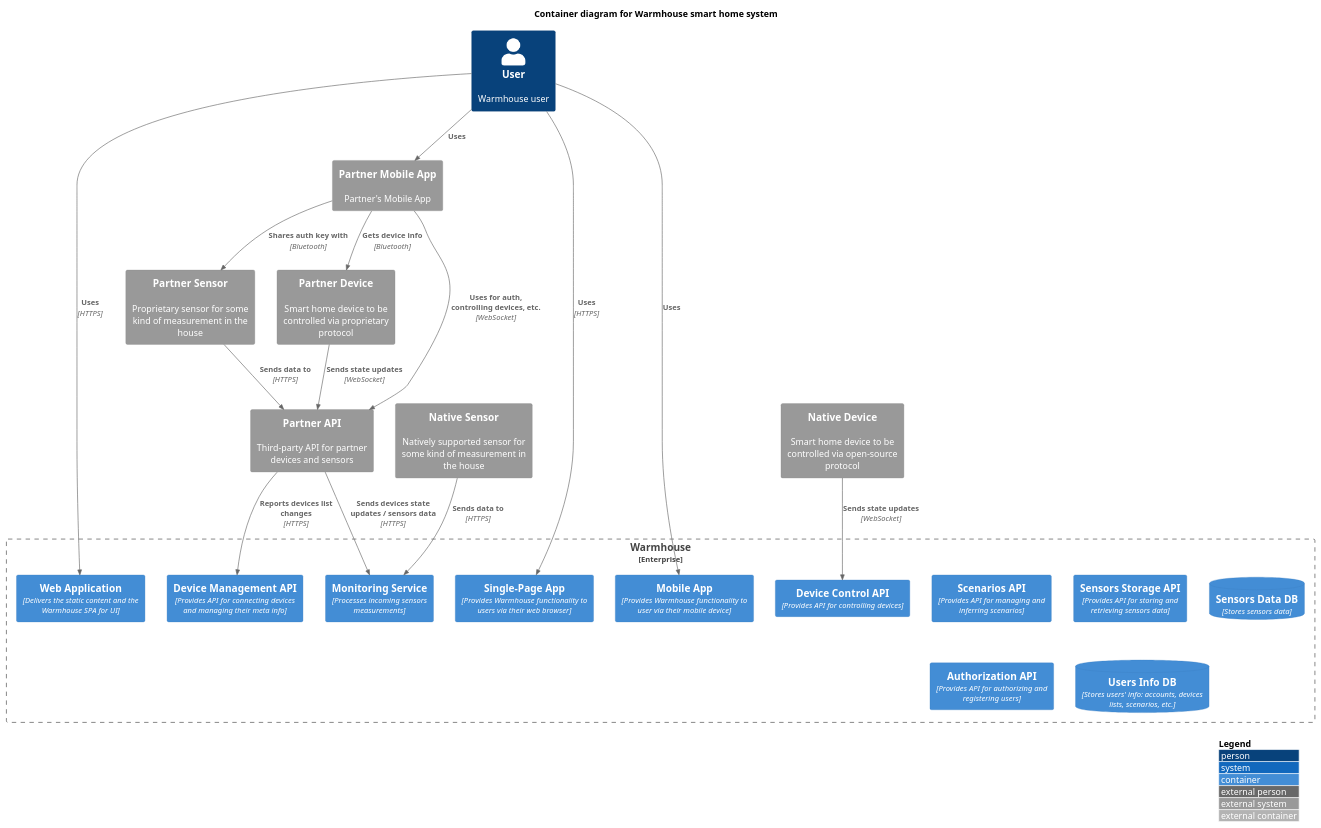
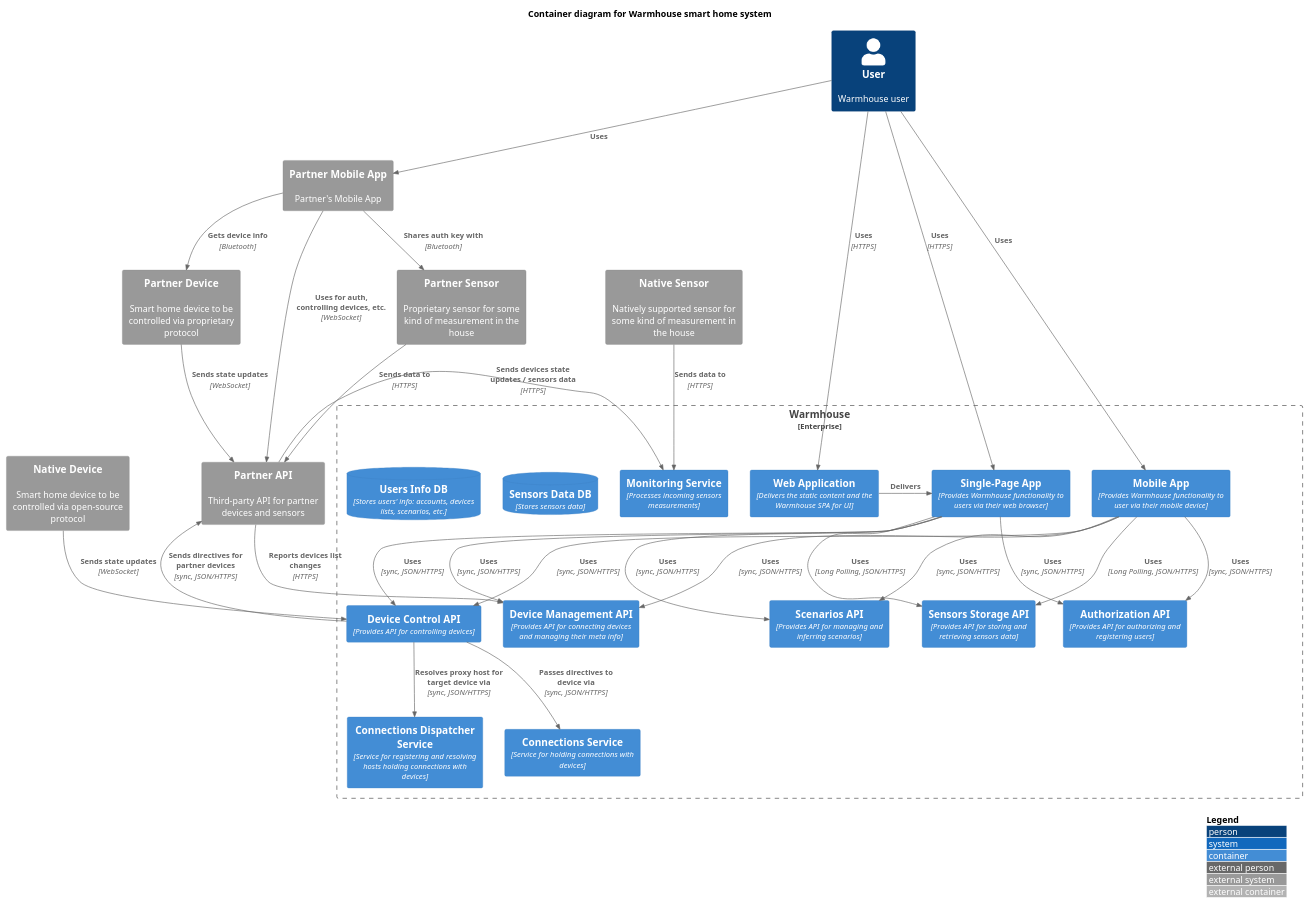
The diagram in diagrams/container/Container.puml (regu1yar/p1-architecture-warmhouse), drawn with PlantUML before and after one commit.

Commit message:
Add rels for apps and device_control_backend

```diff
--- a/diagrams/container/Container.puml
+++ b/diagrams/container/Container.puml
@@ -1,57 +1,78 @@
 @startuml "enterprise"
 
 ' !include https://raw.githubusercontent.com/plantuml-stdlib/C4-PlantUML/master/C4_Container.puml
 !include ./C4_Container.puml
 
 LAYOUT_WITH_LEGEND()
 
 title Container diagram for Warmhouse smart home system
 
 Person(user, "User", "Warmhouse user")
 
 System_Ext(sensor_partner, "Partner Sensor", "Proprietary sensor for some kind of measurement in the house")
 System_Ext(device_partner, "Partner Device", "Smart home device to be controlled via proprietary protocol")
 
 System_Ext(sensor_native, "Native Sensor", "Natively supported sensor for some kind of measurement in the house")
 System_Ext(device_native, "Native Device", "Smart home device to be controlled via open-source protocol")
 
 System_Ext(partner_mobile_app, "Partner Mobile App", "Partner's Mobile App")
 System_Ext(partner_api, "Partner API", "Third-party API for partner devices and sensors")
 
 Enterprise_Boundary(warmhouse_boundary, "Warmhouse") {
-    Container(warmhouse_user_web_app, "Web Application", "Delivers the static content and the Warmhouse SPA for UI")
+    Container(warmhouse_web_app, "Web Application", "Delivers the static content and the Warmhouse SPA for UI")
     Container(warmhouse_spa, "Single-Page App", "Provides Warmhouse functionality to users via their web browser")
     Container(warmhouse_mobile_app, "Mobile App", "Provides Warmhouse functionality to user via their mobile device")
 
+    ' TODO: add relations with warmhouse_connections_*
+    Container(warmhouse_connections_dispatcher_service, "Connections Dispatcher Service", "Service for registering and resolving hosts holding connections with devices")
+    Container(warmhouse_connections_service, "Connections Service", "Service for holding connections with devices")
     Container(warmhouse_device_control_backend_api, "Device Control API", "Provides API for controlling devices")
     Container(warmhouse_scenarios_backend_api, "Scenarios API", "Provides API for managing and inferring scenarios")
 
     Container(warmhouse_monitoring_service, "Monitoring Service", "Processes incoming sensors measurements")
     Container(warmhouse_sensors_storage_backend_api, "Sensors Storage API", "Provides API for storing and retrieving sensors data")
     ContainerDb(warmhouse_sensors_data_db, "Sensors Data DB", "Stores sensors data")
 
     Container(warmhouse_authorization_backend_api, "Authorization API", "Provides API for authorizing and registering users")
     Container(warmhouse_device_management_backend_api, "Device Management API", "Provides API for connecting devices and managing their meta info")
 
     ContainerDb(warmhouse_users_info_db, "Users Info DB", "Stores users' info: accounts, devices lists, scenarios, etc.")
 }
 
 Rel(user, partner_mobile_app, "Uses")
-Rel(user, warmhouse_user_web_app, "Uses", "HTTPS")
+Rel(user, warmhouse_web_app, "Uses", "HTTPS")
 Rel(user, warmhouse_spa, "Uses", "HTTPS")
 Rel(user, warmhouse_mobile_app, "Uses")
 
 Rel(sensor_partner, partner_api, "Sends data to", "HTTPS")
 Rel(device_partner, partner_api, "Sends state updates", "WebSocket")
 
 Rel(sensor_native, warmhouse_monitoring_service, "Sends data to", "HTTPS")
 Rel(device_native, warmhouse_device_control_backend_api, "Sends state updates", "WebSocket")
 
 Rel(partner_mobile_app, sensor_partner, "Shares auth key with", "Bluetooth")
 Rel(partner_mobile_app, device_partner, "Gets device info", "Bluetooth")
 Rel(partner_mobile_app, partner_api, "Uses for auth, controlling devices, etc.", "WebSocket")
 
 Rel(partner_api, warmhouse_monitoring_service, "Sends devices state updates / sensors data", "HTTPS")
 Rel(partner_api, warmhouse_device_management_backend_api, "Reports devices list changes", "HTTPS")
 
+Rel_Neighbor(warmhouse_web_app, warmhouse_spa, "Delivers")
+
+Rel(warmhouse_spa, warmhouse_device_control_backend_api, "Uses", "sync, JSON/HTTPS")
+Rel(warmhouse_spa, warmhouse_scenarios_backend_api, "Uses", "sync, JSON/HTTPS")
+Rel(warmhouse_spa, warmhouse_sensors_storage_backend_api, "Uses", "Long Polling, JSON/HTTPS")
+Rel(warmhouse_spa, warmhouse_authorization_backend_api, "Uses", "sync, JSON/HTTPS")
+Rel(warmhouse_spa, warmhouse_device_management_backend_api, "Uses", "sync, JSON/HTTPS")
+
+Rel(warmhouse_mobile_app, warmhouse_device_control_backend_api, "Uses", "sync, JSON/HTTPS")
+Rel(warmhouse_mobile_app, warmhouse_scenarios_backend_api, "Uses", "sync, JSON/HTTPS")
+Rel(warmhouse_mobile_app, warmhouse_sensors_storage_backend_api, "Uses", "Long Polling, JSON/HTTPS")
+Rel(warmhouse_mobile_app, warmhouse_authorization_backend_api, "Uses", "sync, JSON/HTTPS")
+Rel(warmhouse_mobile_app, warmhouse_device_management_backend_api, "Uses", "sync, JSON/HTTPS")
+
+Rel(warmhouse_device_control_backend_api, warmhouse_connections_dispatcher_service, "Resolves proxy host for target device via", "sync, JSON/HTTPS")
+Rel(warmhouse_device_control_backend_api, warmhouse_connections_service, "Passes directives to device via", "sync, JSON/HTTPS")
+Rel(warmhouse_device_control_backend_api, partner_api, "Sends directives for partner devices", "sync, JSON/HTTPS")
+
 @enduml
```
